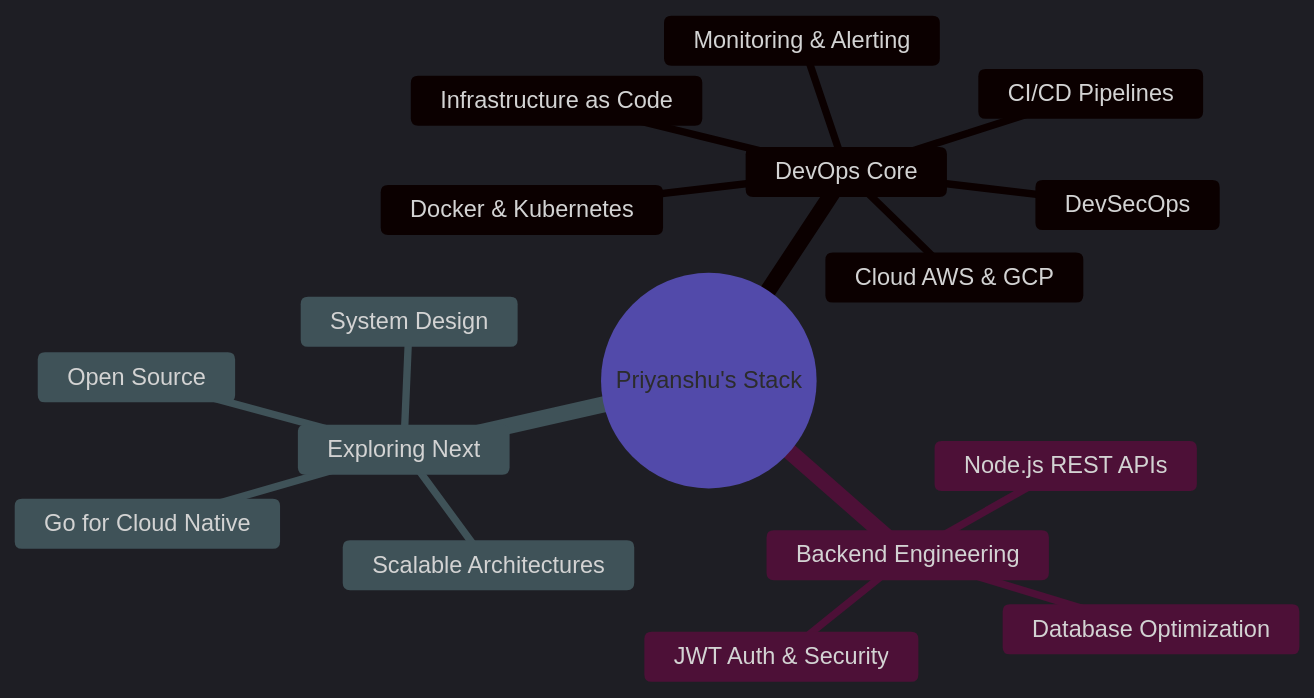
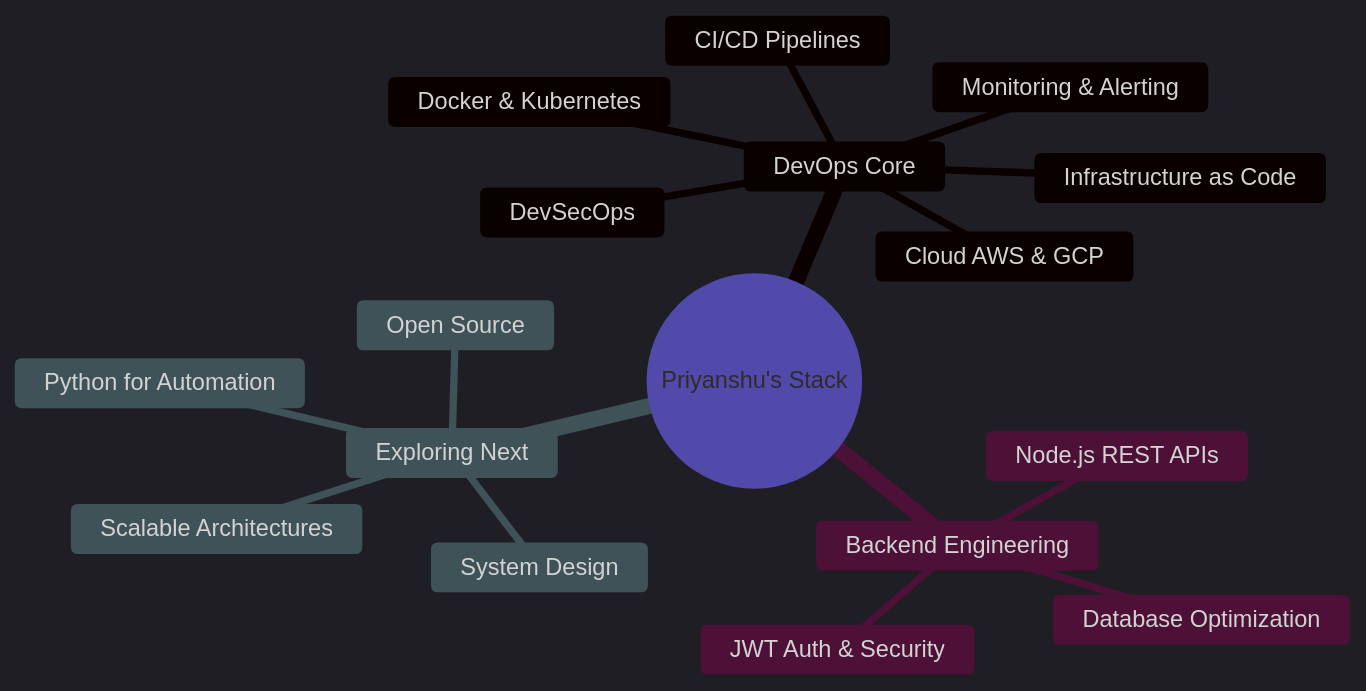
One commit to Priyanshu-2545/Priyanshu-2545 changed the second of 2 diagrams in README.md. Above: the diagram before and after it, drawn with Mermaid. The commit also changed other lines of this file, not shown here.

````diff
--- a/README.md
+++ b/README.md
@@ -324,28 +319,28 @@
 ```mermaid
 %%{init: {'theme':'dark', 'themeVariables': { 
   'primaryColor':'#00d4ff', 
   'primaryTextColor':'#ffffff', 
   'primaryBorderColor':'#302b63', 
   'lineColor':'#00d4ff', 
   'secondaryColor':'#302b63', 
   'tertiaryColor':'#0f0c29'
 }}}%%
 mindmap
   root((Priyanshu's Stack))
     DevOps Core
       CI/CD Pipelines
       Docker & Kubernetes
       Infrastructure as Code
       Cloud AWS & GCP
       Monitoring & Alerting
       DevSecOps
     Backend Engineering
       Node.js REST APIs
       Database Optimization
       JWT Auth & Security
     Exploring Next
-      Go for Cloud Native
+      Python for Automation
       System Design
       Open Source
       Scalable Architectures
 ```
````
